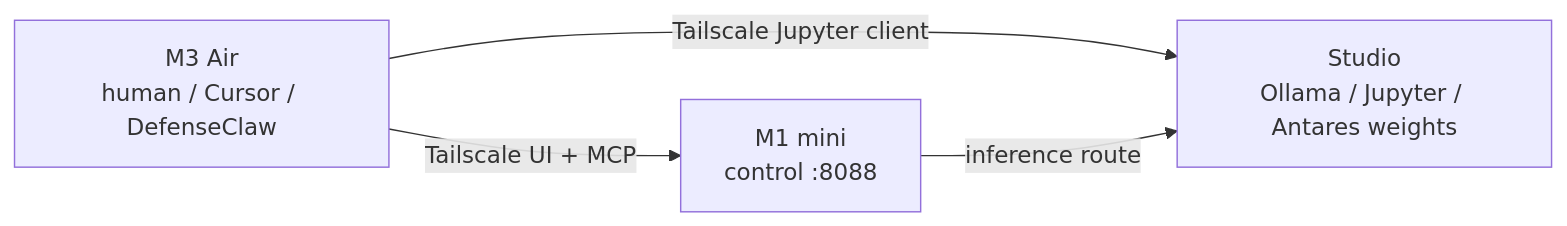
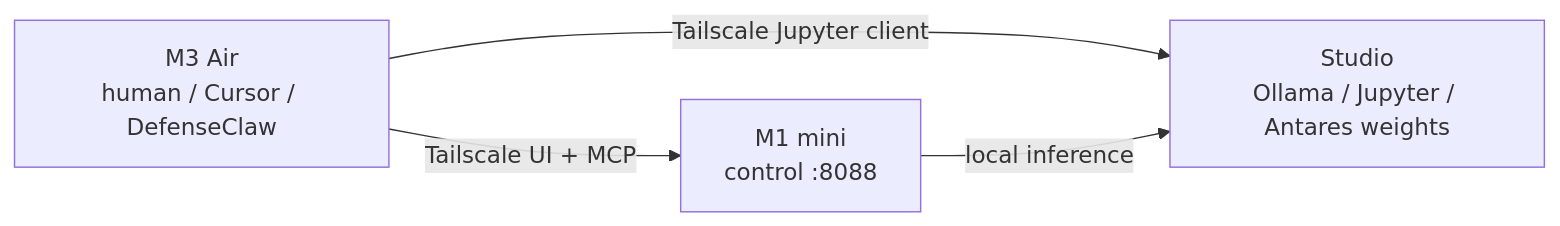
One commit to sgerhart/ai-lab changed the first of 4 diagrams in docs/architecture/diagrams.md. Above: the diagram before and after it, drawn with Mermaid. The commit also changed other lines of this file and 8 other files, not shown here.

````diff
--- a/docs/architecture/diagrams.md
+++ b/docs/architecture/diagrams.md
@@ -5,9 +5,9 @@
 ```mermaid
 flowchart LR
   air[M3 Air\nhuman / Cursor / DefenseClaw]
   m1[M1 mini\ncontrol :8088]
   st[Studio\nOllama / Jupyter / Antares weights]
   air -->|Tailscale UI + MCP| m1
   air -->|Tailscale Jupyter client| st
-  m1 -->|inference route| st
+  m1 -->|local inference| st
 ```
````
